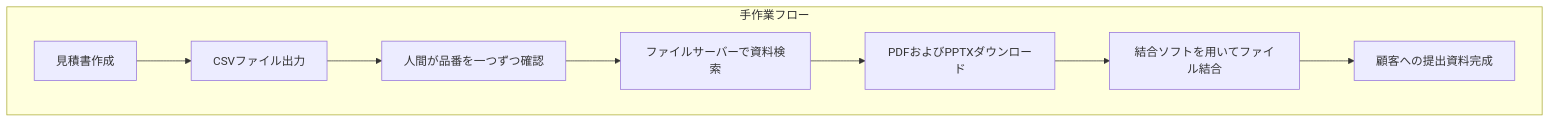
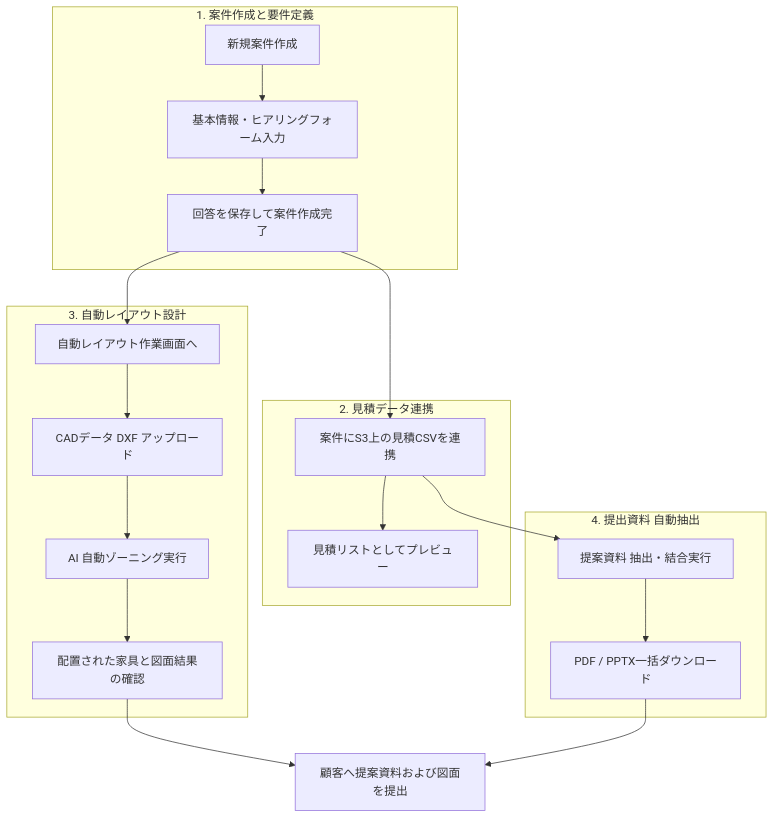
One commit to yuma-oliver/TeianDemo changed the first of 2 diagrams in docs/architecture/flow_diagram.md. Above: the diagram before and after it, drawn with Mermaid. The commit also changed other lines of this file and 84 other files, not shown here.

````diff
--- a/docs/architecture/flow_diagram.md
+++ b/docs/architecture/flow_diagram.md
@@ -6,11 +7,27 @@
 ```mermaid
 flowchart TD
-    subgraph asIsFlow [手作業フロー]
-        start1[見積書作成] --> step2[CSVファイル出力]
-        step2 --> step3[人間が品番を一つずつ確認]
-        step3 --> step4[ファイルサーバーで資料検索]
-        step4 --> step5[PDFおよびPPTXダウンロード]
-        step5 --> step6[結合ソフトを用いてファイル結合]
-        step6 --> end1[顧客への提出資料完成]
+    subgraph createProject [1. 案件作成と要件定義]
+        Start[新規案件作成] --> InputInfo[基本情報・ヒアリングフォーム入力]
+        InputInfo --> SaveQA[回答を保存して案件作成完了]
     end
+
+    subgraph assignEstimate [2. 見積データ連携]
+        SaveQA --> LinkCSV[案件にS3上の見積CSVを連携]
+        LinkCSV --> Preview[見積リストとしてプレビュー]
+    end
+
+    subgraph runLayout [3. 自動レイアウト設計]
+        SaveQA --> AutoLayout[自動レイアウト作業画面へ]
+        AutoLayout --> UploadDXF[CADデータ DXF アップロード]
+        UploadDXF --> RunZoning[AI 自動ゾーニング実行]
+        RunZoning --> CheckResult[配置された家具と図面結果の確認]
+    end
+
+    subgraph extractDocs [4. 提出資料 自動抽出]
+        LinkCSV --> ExtractStart[提案資料 抽出・結合実行]
+        ExtractStart --> MergePDF[PDF / PPTX一括ダウンロード]
+    end
+    
+    CheckResult --> End[顧客へ提案資料および図面を提出]
+    MergePDF --> End
 ```
````
